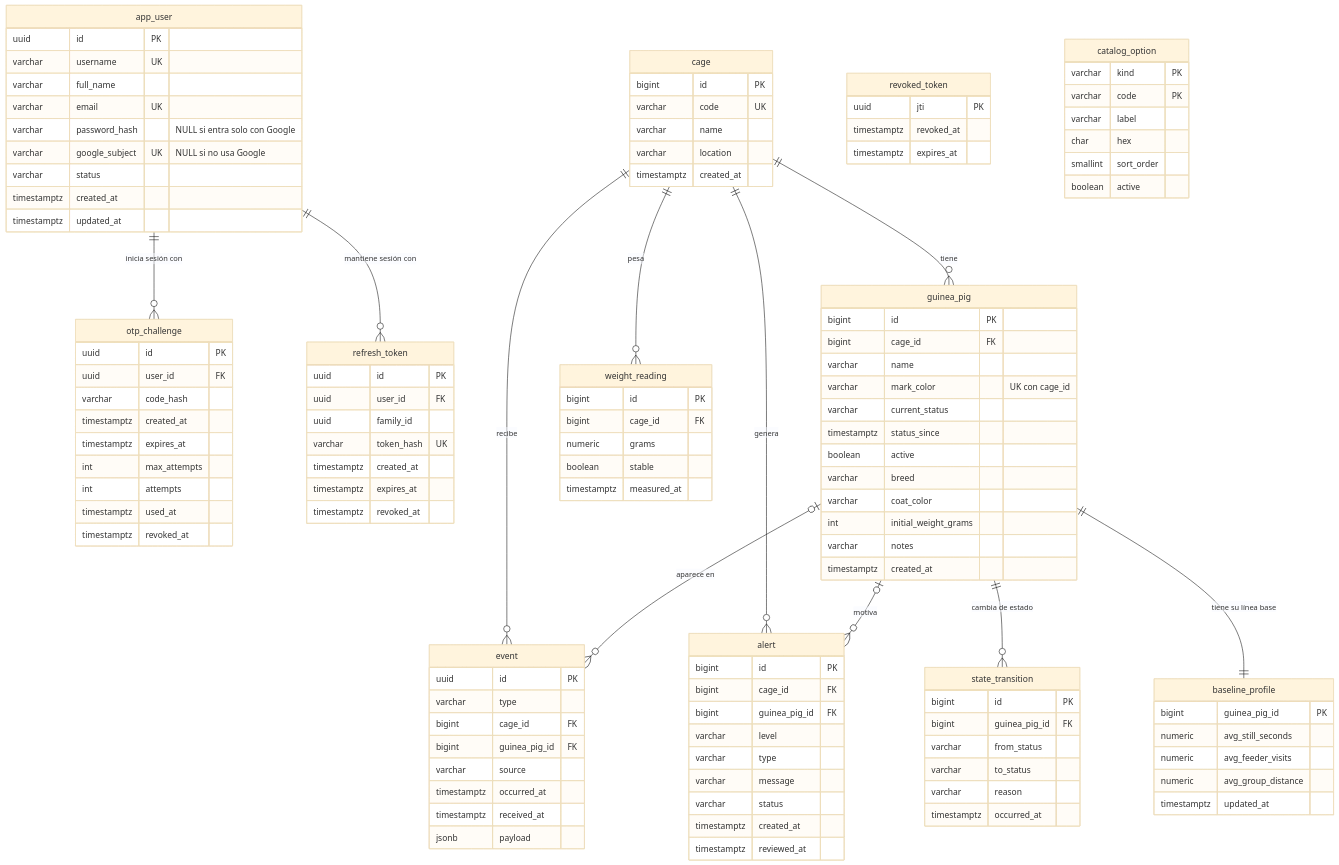
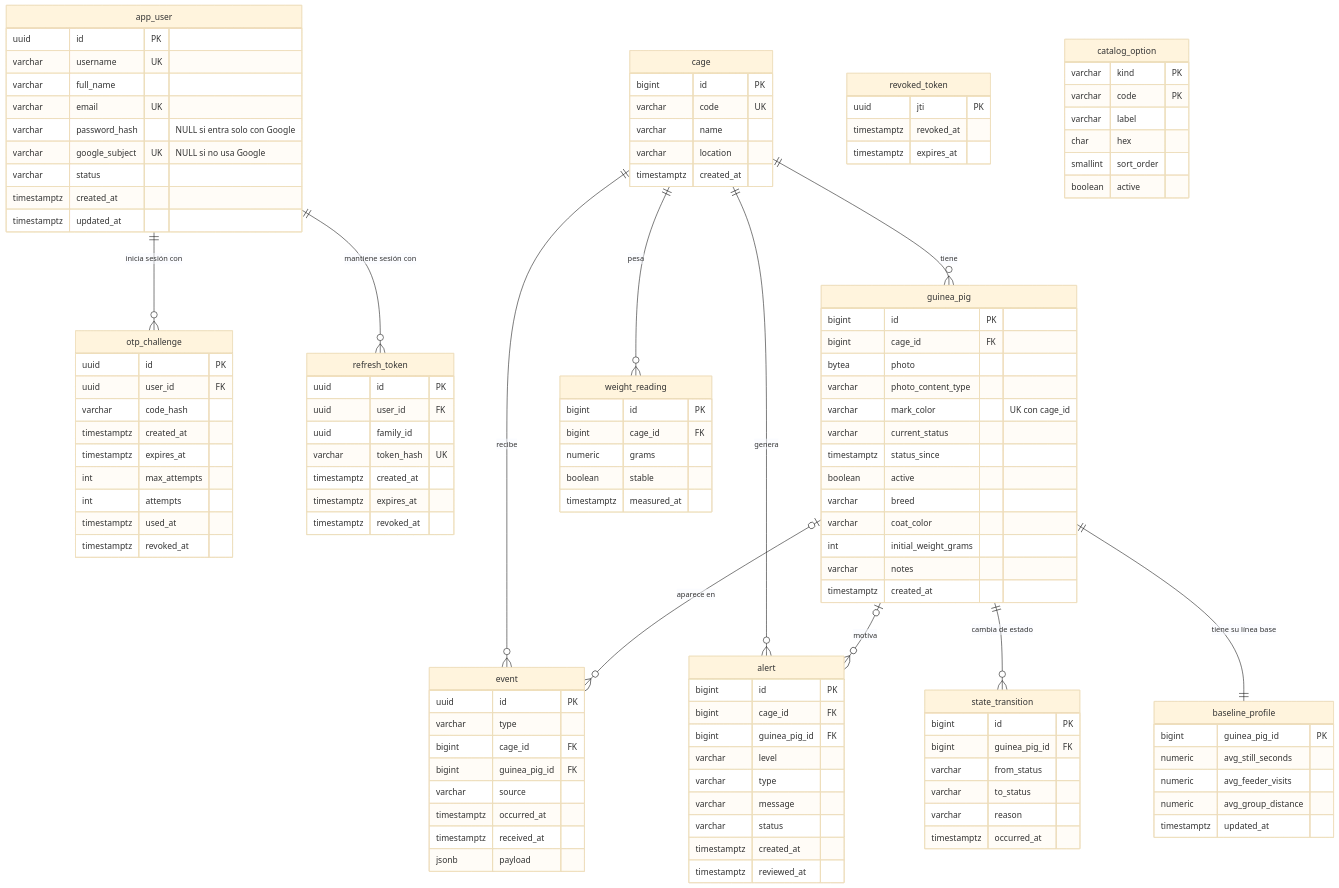
One commit to Josuram-xd/cuy-monitor-db changed the diagram in README.md. Above: the diagram before and after it, drawn with Mermaid (base theme). The commit also changed other lines of this file and 4 other files, not shown here.

Commit message:
feat(schema): register a cuy with its photo instead of a name

```diff
--- a/README.md
+++ b/README.md
@@ -83,7 +83,8 @@
     guinea_pig {
         bigint id PK
         bigint cage_id FK
-        varchar name
+        bytea photo
+        varchar photo_content_type
         varchar mark_color "UK con cage_id"
         varchar current_status
         timestamptz status_since
```
